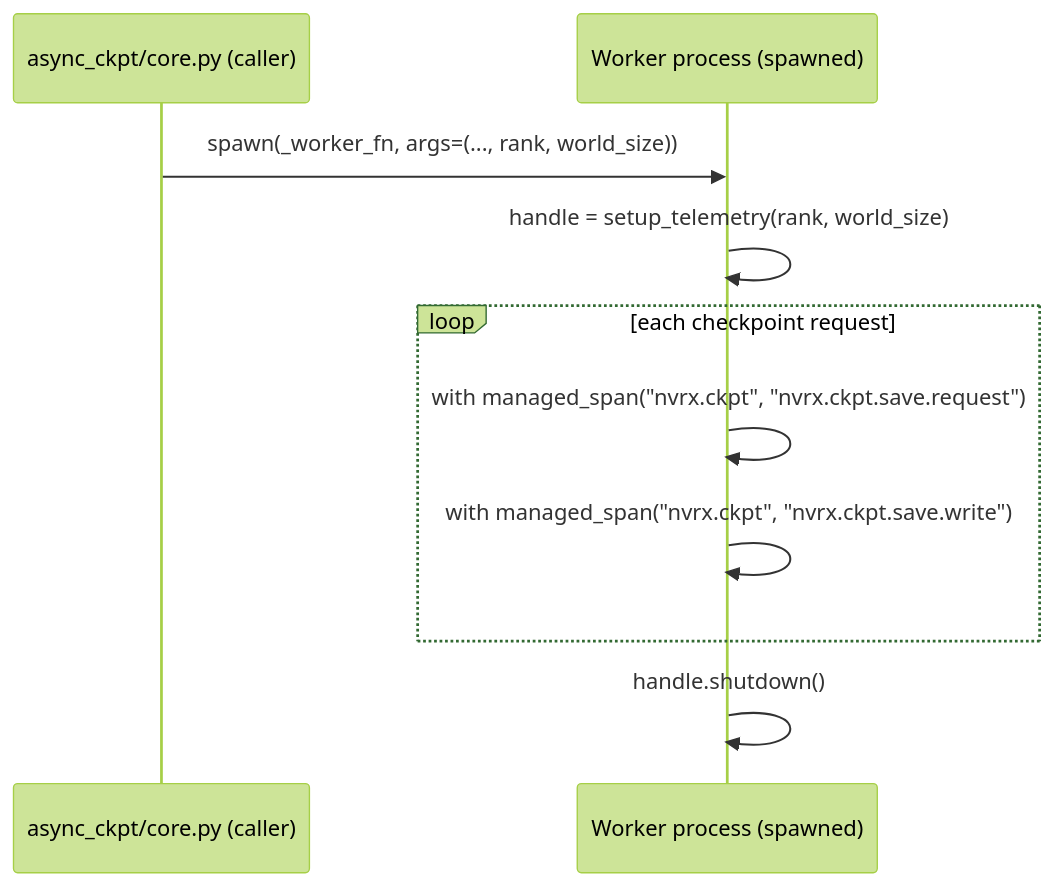
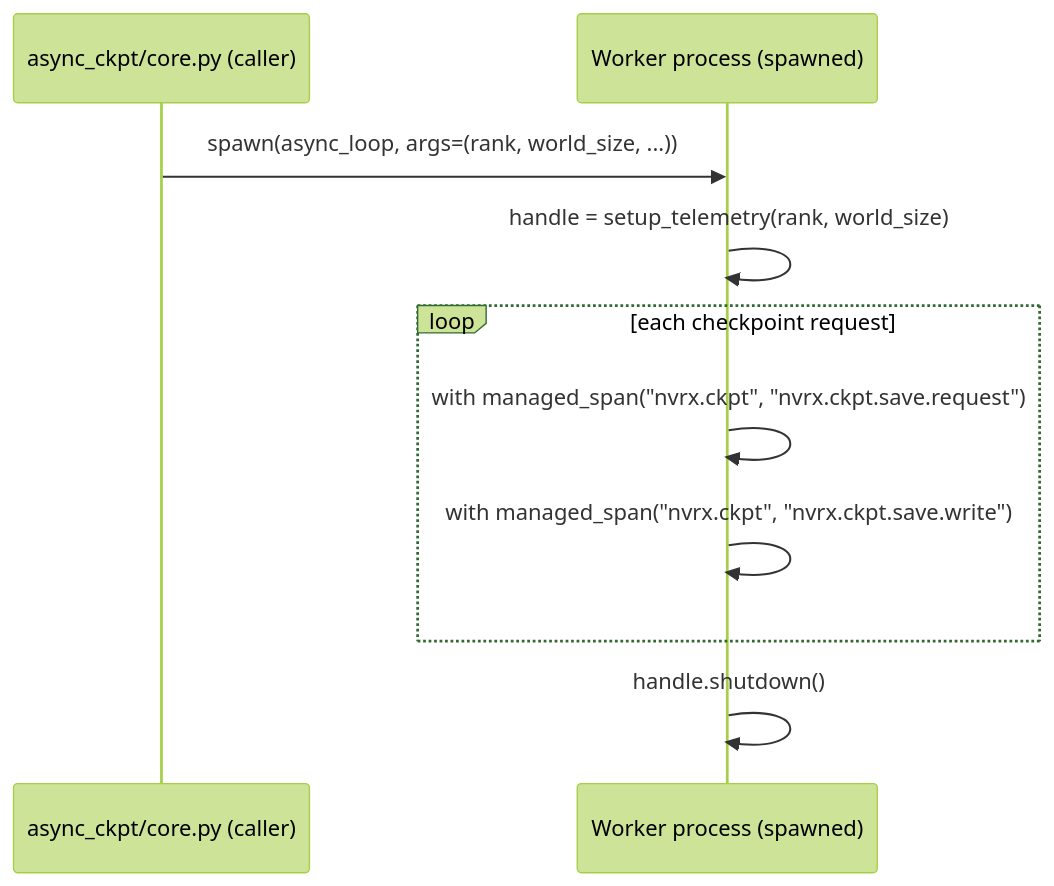
Before and after one commit to NVIDIA/nvidia-resiliency-ext: the fourth of 4 diagrams in docs/design/telemetry/NEMO_LENS.md, drawn with Mermaid (forest theme). The commit also changed other lines of this file and 5 other files, not shown here.

````diff
--- a/docs/design/telemetry/NEMO_LENS.md
+++ b/docs/design/telemetry/NEMO_LENS.md
@@ -114,13 +120,13 @@
 ```mermaid
 sequenceDiagram
     participant C as async_ckpt/core.py (caller)
     participant W as Worker process (spawned)
 
-    C->>W: spawn(_worker_fn, args=(..., rank, world_size))
+    C->>W: spawn(async_loop, args=(rank, world_size, ...))
     W->>W: handle = setup_telemetry(rank, world_size)
     loop each checkpoint request
         W->>W: with managed_span("nvrx.ckpt", "nvrx.ckpt.save.request")
         W->>W: with managed_span("nvrx.ckpt", "nvrx.ckpt.save.write")
     end
     W->>W: handle.shutdown()
 ```
````
